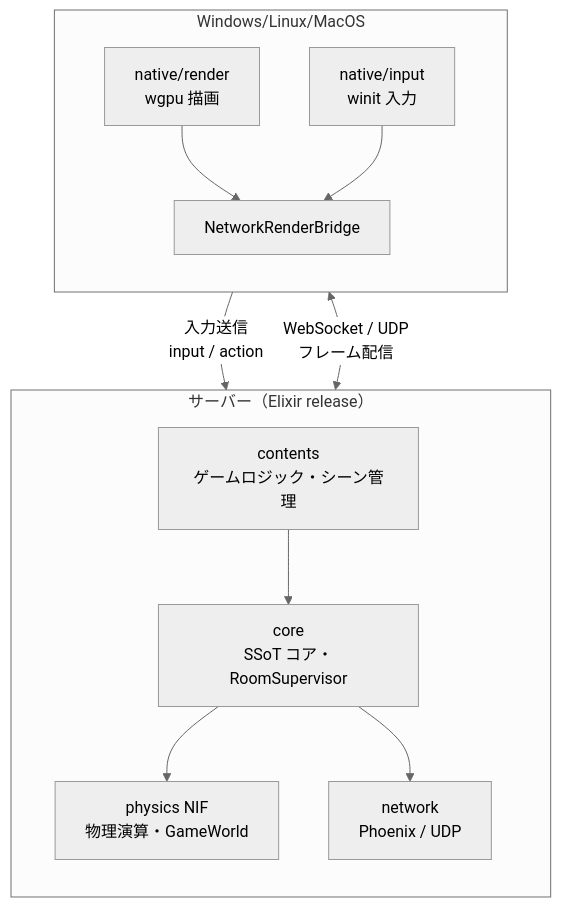
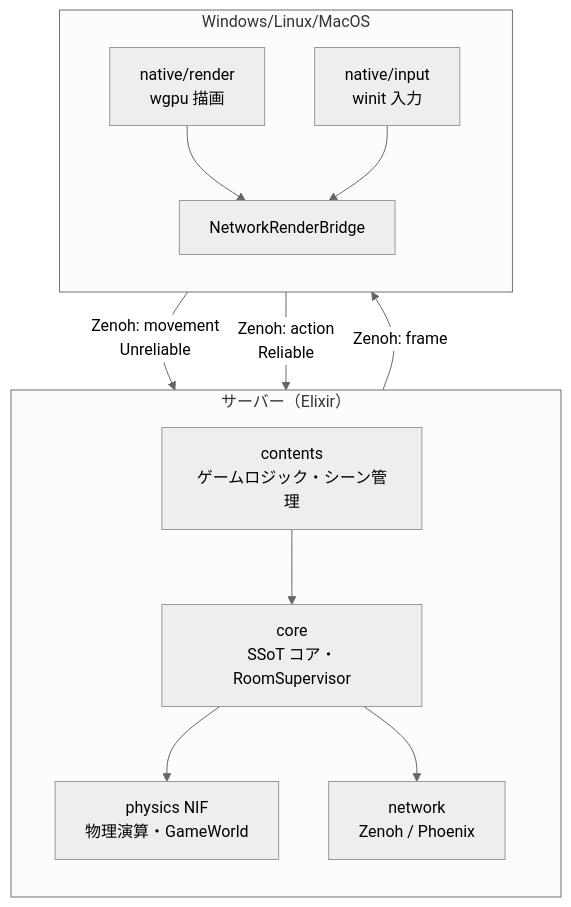
The diagram in README.md (FRICK-ELDY/alchemy-engine), drawn with Mermaid (neutral theme) before and after one commit. The commit also changed 1 other file, not shown here.

Commit message:
feat: クライアント・サーバー分離計画に Zenoh/Zenohex 方針を追記

````diff
--- a/README.md
+++ b/README.md
@@ -14,27 +14,28 @@
 ```mermaid
 flowchart TB
-    subgraph Server["サーバー（Elixir release）"]
+    subgraph Server["サーバー（Elixir）"]
         direction TB
         Contents[contents<br/>ゲームロジック・シーン管理]
         Core[core<br/>SSoT コア・RoomSupervisor]
         PhysicsNIF[physics NIF<br/>物理演算・GameWorld]
-        Network[network<br/>Phoenix / UDP]
+        Network[network<br/>Zenoh / Phoenix]
         
         Contents --> Core
         Core --> PhysicsNIF
         Core --> Network
     end
     
     subgraph Client["Windows/Linux/MacOS"]
         direction TB
         Render[native/render<br/>wgpu 描画]
         Input[native/input<br/>winit 入力]
         Bridge[NetworkRenderBridge]
         
         Render --> Bridge
         Input --> Bridge
     end
     
-    Server <-->|"WebSocket / UDP<br/>フレーム配信"| Client
-    Client -->|"入力送信<br/>input / action"| Server
+    Server -->|"Zenoh: frame"| Client
+    Client -->|"Zenoh: movement<br/>Unreliable"| Server
+    Client -->|"Zenoh: action<br/>Reliable"| Server
 ```
````
